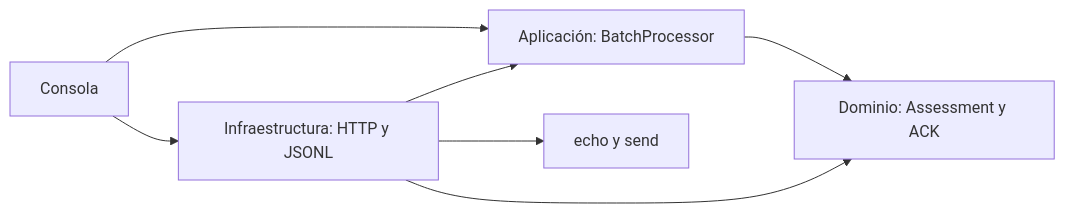
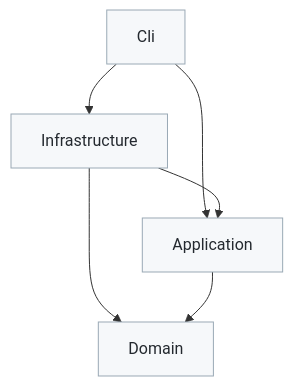
One commit to matarmariajose-tech/HL7 changed the first of 2 diagrams in docs/architecture.md. Above: the diagram before and after it, drawn with Mermaid. The commit also changed other lines of this file and 2 other files, not shown here.

````diff
--- a/docs/architecture.md
+++ b/docs/architecture.md
@@ -3,9 +9,16 @@
 ```mermaid
-flowchart LR
-    CLI[Consola] --> APP[Aplicación: BatchProcessor]
-    APP --> DOMAIN[Dominio: Assessment y ACK]
-    INFRA[Infraestructura: HTTP y JSONL] --> APP
+flowchart TD
+    CLI[Cli]
+    INFRA[Infrastructure]
+    APP[Application]
+    DOMAIN[Domain]
+
+    CLI --> INFRA
+    CLI --> APP
+    INFRA --> APP
     INFRA --> DOMAIN
-    CLI --> INFRA
-    INFRA --> API[echo y send]
+    APP --> DOMAIN
+
+    classDef layer fill:#f6f8fa,stroke:#9aa9b5,color:#24292f,stroke-width:1px
+    class CLI,INFRA,APP,DOMAIN layer
 ```
````
